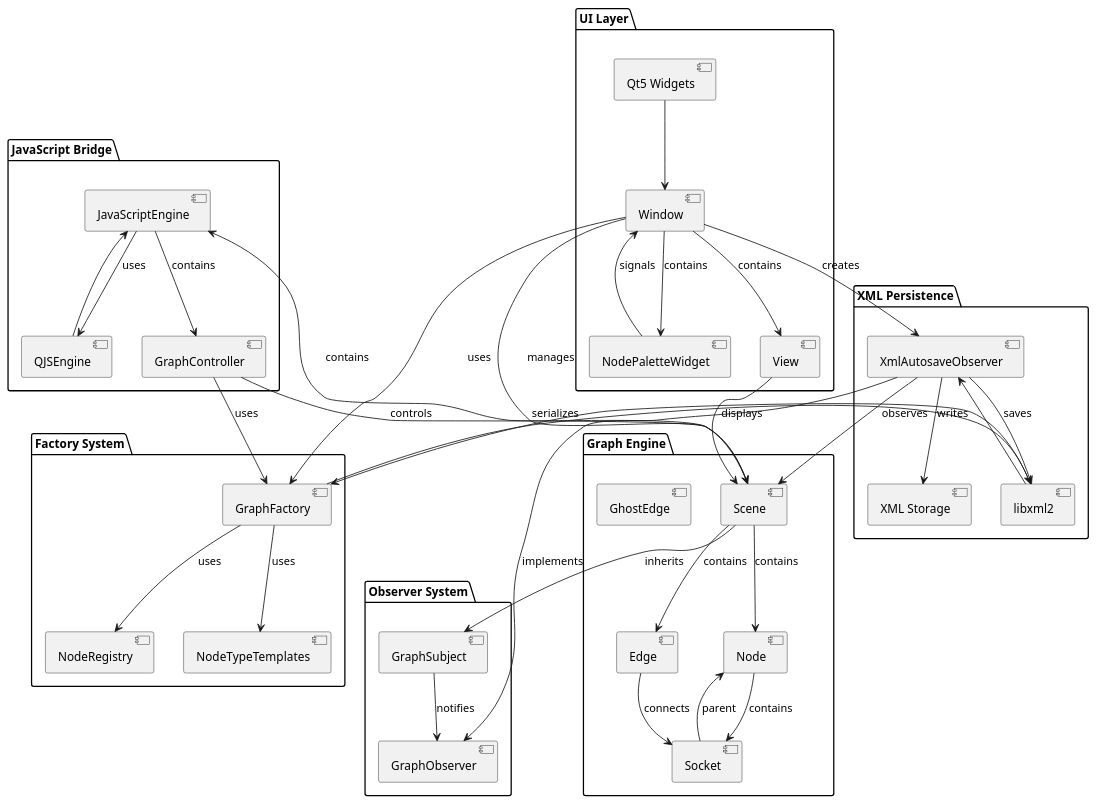
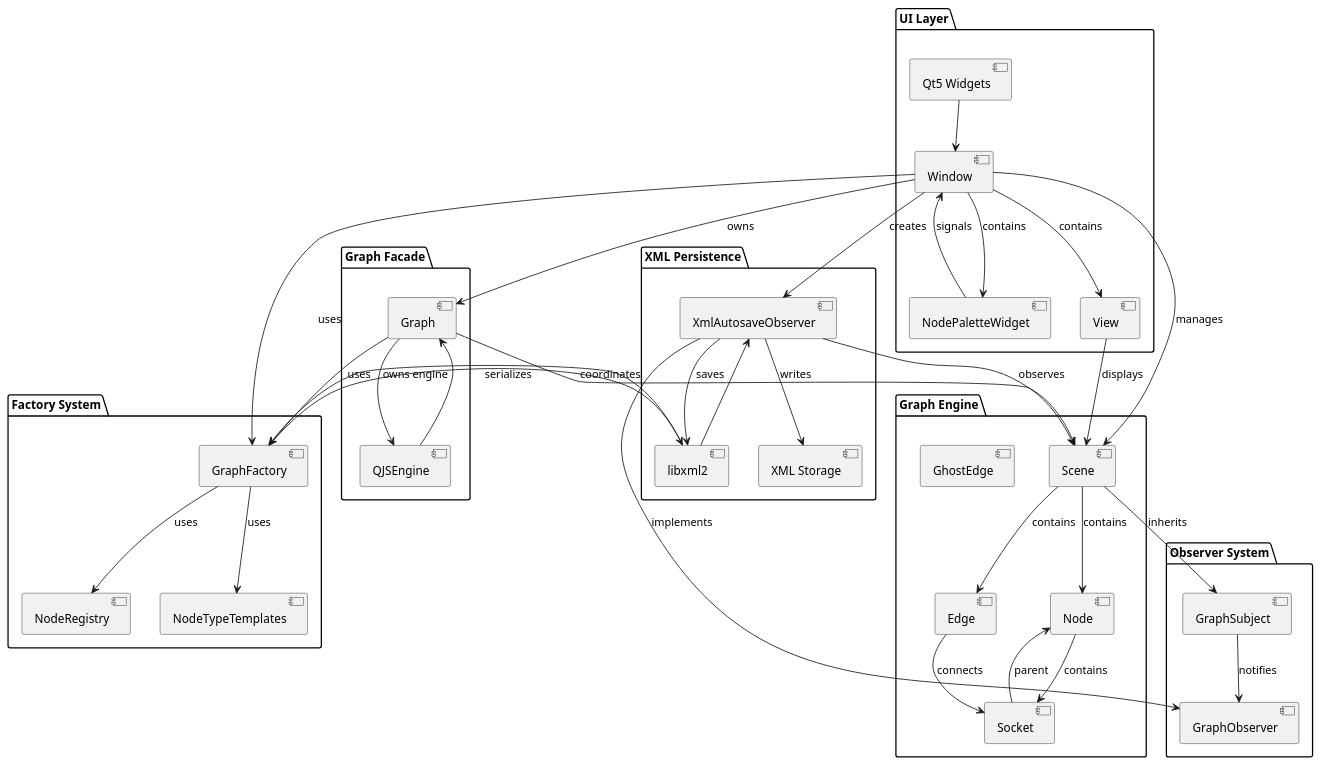
The second of 3 diagrams in architecture.md (black13/cmake-qt5-socket-connector-small), drawn with PlantUML before and after one commit. The commit also changed other lines of this file and 12 other files, not shown here.

First line of the commit message:
feat: add JavaScript CLI execution via --script option

```diff
--- a/architecture.md
+++ b/architecture.md
@@ -461,9 +458,8 @@
     component GhostEdge
 }
 
-package "JavaScript Bridge" {
-    component JavaScriptEngine
-    component GraphController
+package "Graph Facade" {
+    component Graph
     component "QJSEngine"
 }
 
@@ -496,17 +492,16 @@
 
 Scene --> Node : contains
 Scene --> Edge : contains
-Scene --> JavaScriptEngine : contains
+Window --> Graph : owns
 Scene --> GraphSubject : inherits
 
 Node --> Socket : contains
 Edge --> Socket : connects
 Socket --> Node : parent
 
-JavaScriptEngine --> GraphController : contains
-JavaScriptEngine --> "QJSEngine" : uses
-GraphController --> Scene : controls
-GraphController --> GraphFactory : uses
+Graph --> "QJSEngine" : owns engine
+Graph --> Scene : coordinates
+Graph --> GraphFactory : uses
 
 GraphFactory --> NodeRegistry : uses
 GraphFactory --> NodeTypeTemplates : uses
@@ -521,7 +516,7 @@
 
 ' External Dependencies
 "Qt5 Widgets" --> Window
-"QJSEngine" --> JavaScriptEngine
+"QJSEngine" --> Graph
 "libxml2" --> GraphFactory
 "libxml2" --> XmlAutosaveObserver
 
```
